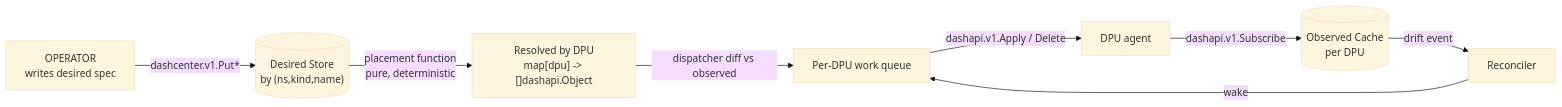
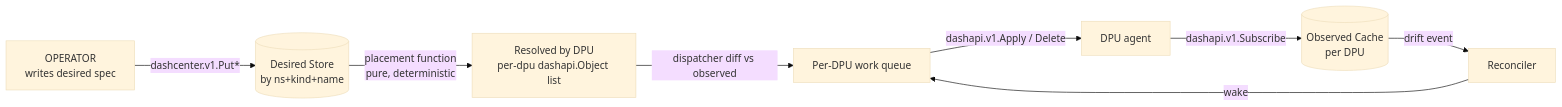
One commit to rashmirrout/DashCenter changed the first of 4 diagrams in specs/HLD/dashd-hld.md. Above: the diagram before and after it, drawn with Mermaid (base theme). The commit also changed 1 other file, not shown here.

Commit message:
DASHD Comprehenssive LLD and Implimentation Plans

````diff
--- a/specs/HLD/dashd-hld.md
+++ b/specs/HLD/dashd-hld.md
@@ -353,10 +353,10 @@
 ```mermaid
 flowchart LR
-    A[OPERATOR<br/>writes desired spec] -->|dashcenter.v1.Put*| B[(Desired Store<br/>by &lpar;ns,kind,name&rpar;)]
-    B -->|placement function<br/>pure, deterministic| C[Resolved by DPU<br/>map&lbrack;dpu&rbrack; -&gt; &lbrack;&rsqb;dashapi.Object]
+    A[OPERATOR<br/>writes desired spec] -->|dashcenter.v1.Put*| B[(Desired Store<br/>by ns+kind+name)]
+    B -->|placement function<br/>pure, deterministic| C[Resolved by DPU<br/>per-dpu dashapi.Object list]
     C -->|dispatcher diff vs observed| D[Per-DPU work queue]
     D -->|dashapi.v1.Apply / Delete| E[DPU agent]
     E -->|dashapi.v1.Subscribe| F[(Observed Cache<br/>per DPU)]
     F -->|drift event| G[Reconciler]
     G -->|wake| D
 ```
````
